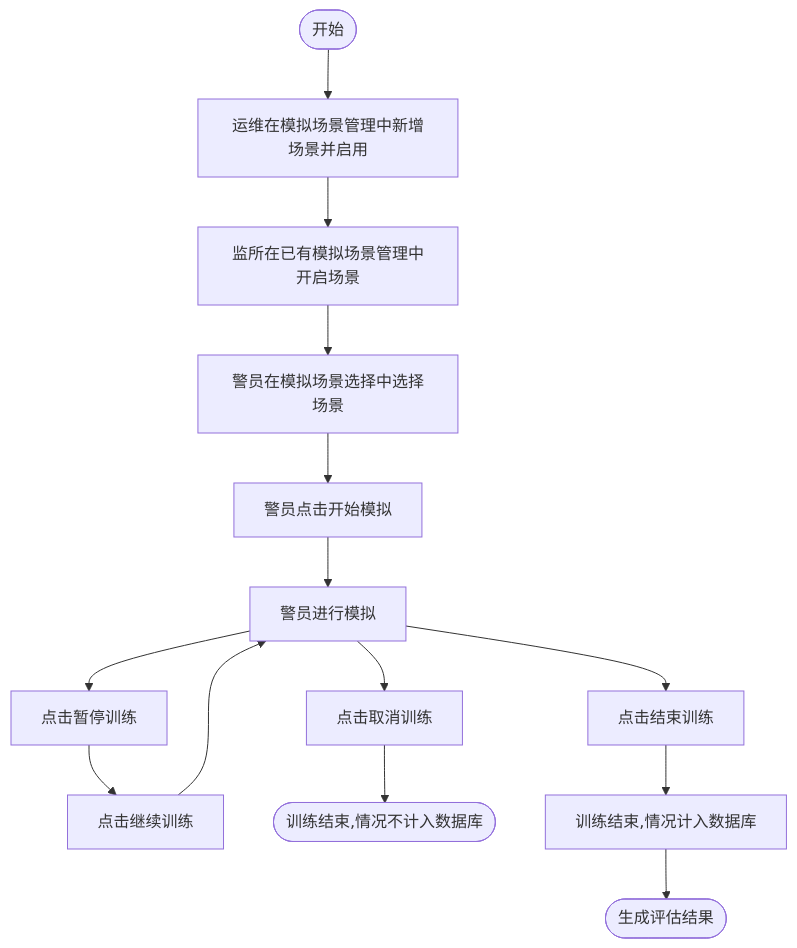
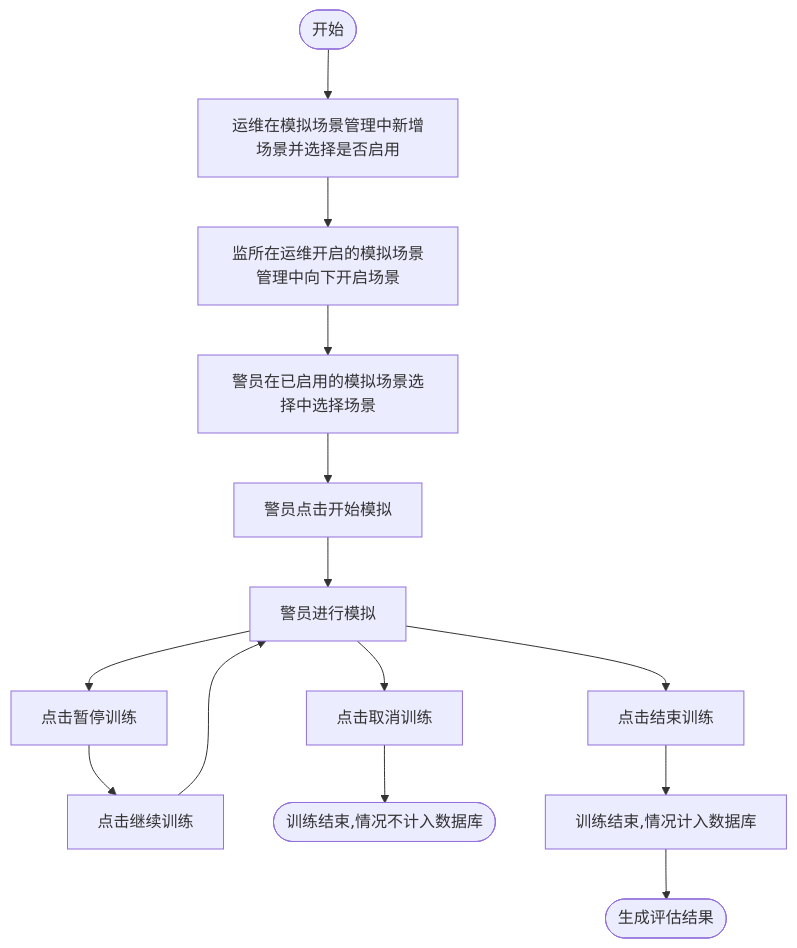
One commit to WangMinan/Software-Engineering-Documentation-Writing changed the fourth of 5 diagrams in 实验4/监所警员心理保障与管理系统_软件结构设计说明_V1.0.md. Above: the diagram before and after it, drawn with Mermaid. The commit also changed other lines of this file, not shown here.

````diff
--- a/实验4/监所警员心理保障与管理系统_软件结构设计说明_V1.0.md
+++ b/实验4/监所警员心理保障与管理系统_软件结构设计说明_V1.0.md
@@ -96,16 +110,16 @@
 ```mermaid
 flowchart TD
-    begin([开始]) --> 运维在模拟场景管理中新增场景并启用
-    运维在模拟场景管理中新增场景并启用 --> 监所在已有模拟场景管理中开启场景
-    监所在已有模拟场景管理中开启场景 --> 警员在模拟场景选择中选择场景
-    警员在模拟场景选择中选择场景 --> 警员点击开始模拟
+    begin([开始]) --> 运维在模拟场景管理中新增场景并选择是否启用
+    运维在模拟场景管理中新增场景并选择是否启用 --> 监所在运维开启的模拟场景管理中向下开启场景
+    监所在运维开启的模拟场景管理中向下开启场景 --> 警员在已启用的模拟场景选择中选择场景
+    警员在已启用的模拟场景选择中选择场景 --> 警员点击开始模拟
     警员点击开始模拟 --> 警员进行模拟
     警员进行模拟 --> 点击暂停训练
     点击暂停训练 --> 点击继续训练
     点击继续训练 --> 警员进行模拟
     警员进行模拟 --> 点击取消训练
     警员进行模拟 --> 点击结束训练
     点击取消训练 --> delete([训练结束,情况不计入数据库])
     点击结束训练 --> 训练结束,情况计入数据库
     训练结束,情况计入数据库 --> stop([生成评估结果])
 ```
````
